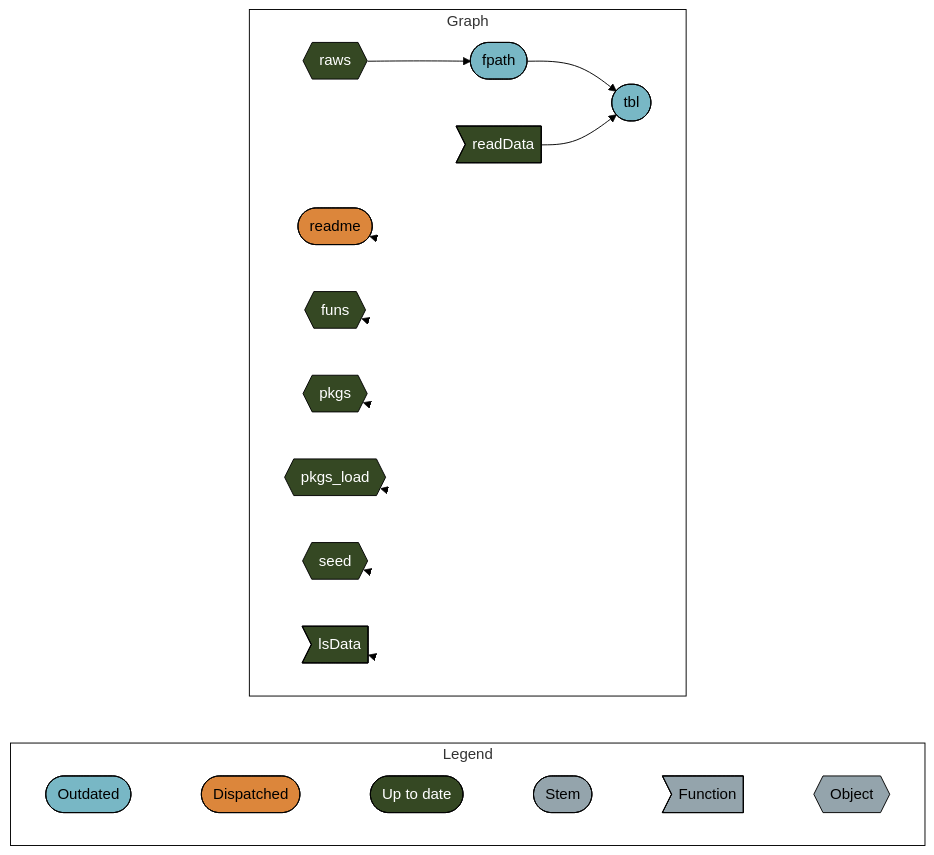
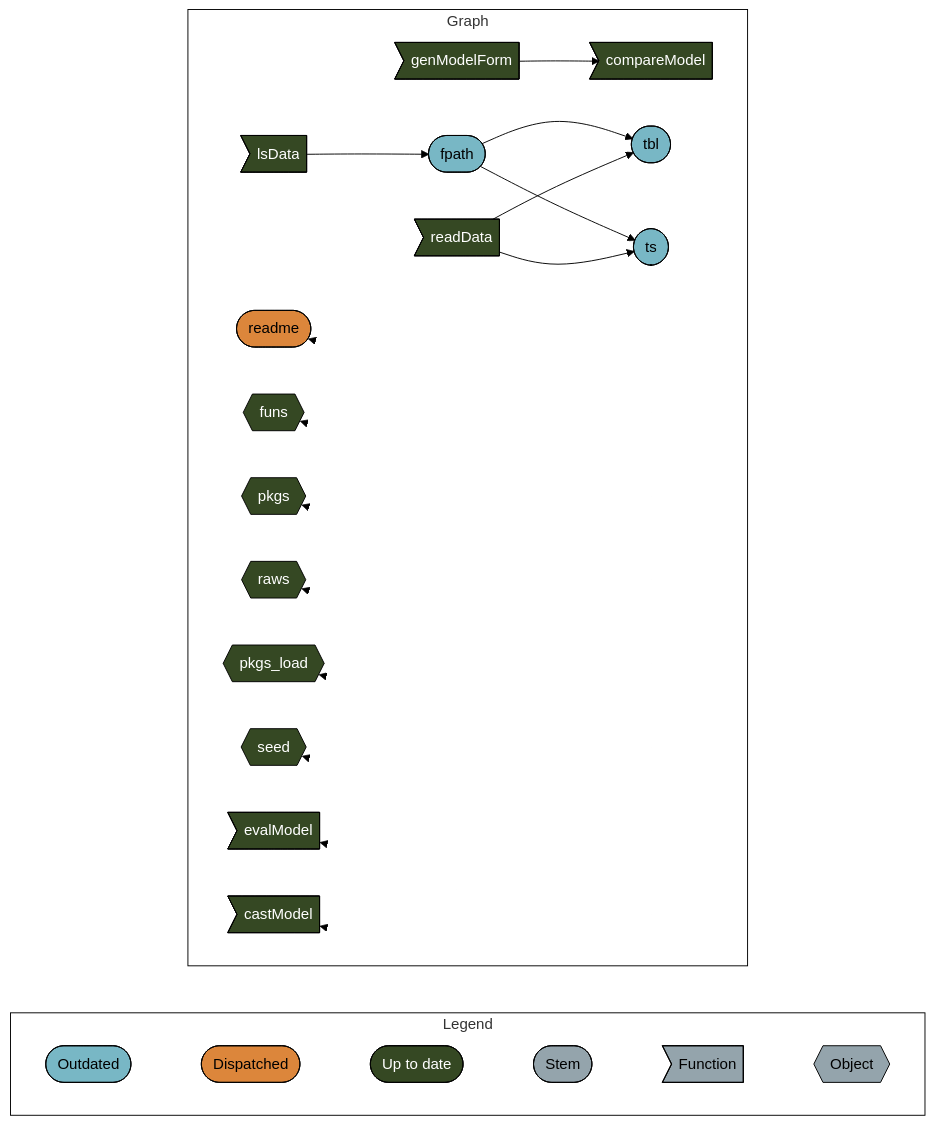
One commit to namakala/method-discrepancy-riskesdas changed the diagram in README.md. Above: the diagram before and after it, drawn with Mermaid (forest theme). The commit also changed other lines of this file, not shown here.

Commit message:
Update mermaid diagram

````diff
--- a/README.md
+++ b/README.md
@@ -68,40 +72,47 @@
 ``` mermaid
 graph LR
   style Legend fill:#FFFFFF00,stroke:#000000;
   style Graph fill:#FFFFFF00,stroke:#000000;
   subgraph Legend
     direction LR
     x2db1ec7a48f65a9b([""Outdated""]):::outdated --- xb6630624a7b3aa0f([""Dispatched""]):::dispatched
     xb6630624a7b3aa0f([""Dispatched""]):::dispatched --- xf1522833a4d242c5([""Up to date""]):::uptodate
     xf1522833a4d242c5([""Up to date""]):::uptodate --- xd03d7c7dd2ddda2b([""Stem""]):::none
     xd03d7c7dd2ddda2b([""Stem""]):::none --- xeb2d7cac8a1ce544>""Function""]:::none
     xeb2d7cac8a1ce544>""Function""]:::none --- xbecb13963f49e50b{{""Object""}}:::none
   end
   subgraph Graph
     direction LR
+    x2cba9b87114d8cdd>"genModelForm"]:::uptodate --> xacaa2b0b099a3bef>"compareModel"]:::uptodate
     xe58bddd751ff431b(["fpath"]):::outdated --> xb24e8ba9befc2f2c(["tbl"]):::outdated
     x18b26034ab3a95e2>"readData"]:::uptodate --> xb24e8ba9befc2f2c(["tbl"]):::outdated
-    x1f6d76ea8940cecf{{"raws"}}:::uptodate --> xe58bddd751ff431b(["fpath"]):::outdated
+    x3eac3c5af5491b67>"lsData"]:::uptodate --> xe58bddd751ff431b(["fpath"]):::outdated
+    xe58bddd751ff431b(["fpath"]):::outdated --> x69167921da2c5a4c(["ts"]):::outdated
+    x18b26034ab3a95e2>"readData"]:::uptodate --> x69167921da2c5a4c(["ts"]):::outdated
     xc11069275cfeb620(["readme"]):::dispatched --> xc11069275cfeb620(["readme"]):::dispatched
     x07bf962581a33ad1{{"funs"}}:::uptodate --> x07bf962581a33ad1{{"funs"}}:::uptodate
     x2f12837377761a1b{{"pkgs"}}:::uptodate --> x2f12837377761a1b{{"pkgs"}}:::uptodate
+    x1f6d76ea8940cecf{{"raws"}}:::uptodate --> x1f6d76ea8940cecf{{"raws"}}:::uptodate
     x026e3308cd8be8b9{{"pkgs_load"}}:::uptodate --> x026e3308cd8be8b9{{"pkgs_load"}}:::uptodate
     x4d3ec24f81457d7f{{"seed"}}:::uptodate --> x4d3ec24f81457d7f{{"seed"}}:::uptodate
-    x3eac3c5af5491b67>"lsData"]:::uptodate --> x3eac3c5af5491b67>"lsData"]:::uptodate
+    x7b6a434a2a79ead8>"evalModel"]:::uptodate --> x7b6a434a2a79ead8>"evalModel"]:::uptodate
+    xa644072f7a1b7229>"castModel"]:::uptodate --> xa644072f7a1b7229>"castModel"]:::uptodate
   end
   classDef outdated stroke:#000000,color:#000000,fill:#78B7C5;
   classDef dispatched stroke:#000000,color:#000000,fill:#DC863B;
   classDef uptodate stroke:#000000,color:#ffffff,fill:#354823;
   classDef none stroke:#000000,color:#000000,fill:#94a4ac;
   linkStyle 0 stroke-width:0px;
   linkStyle 1 stroke-width:0px;
   linkStyle 2 stroke-width:0px;
   linkStyle 3 stroke-width:0px;
   linkStyle 4 stroke-width:0px;
-  linkStyle 8 stroke-width:0px;
-  linkStyle 9 stroke-width:0px;
-  linkStyle 10 stroke-width:0px;
   linkStyle 11 stroke-width:0px;
   linkStyle 12 stroke-width:0px;
   linkStyle 13 stroke-width:0px;
+  linkStyle 14 stroke-width:0px;
+  linkStyle 15 stroke-width:0px;
+  linkStyle 16 stroke-width:0px;
+  linkStyle 17 stroke-width:0px;
+  linkStyle 18 stroke-width:0px;
 ```
````
